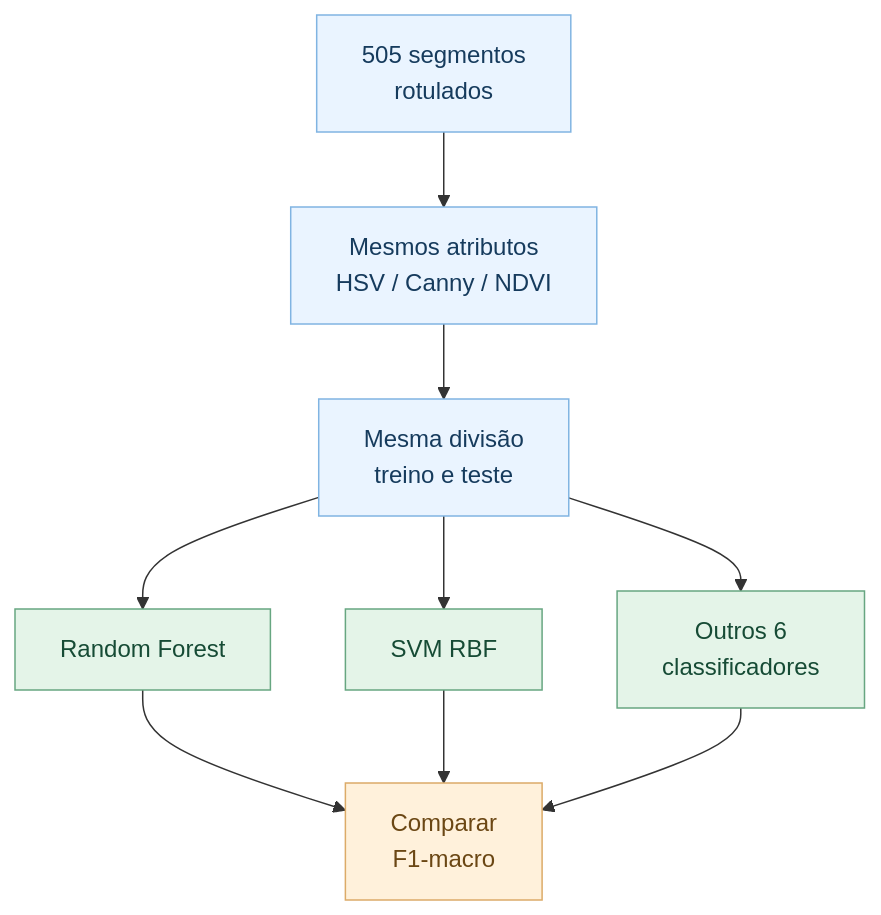
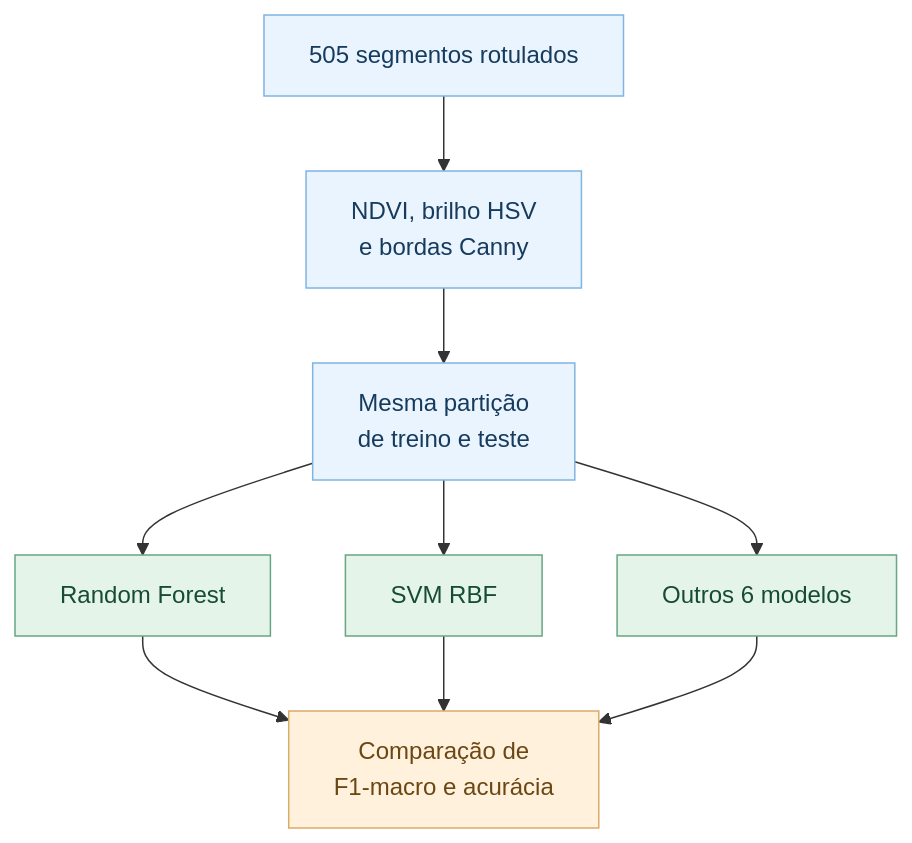
One commit to BrenoBragaGalvao/mestrado-arvores-urbanas changed the fourth of 5 diagrams in README.md. Above: the diagram before and after it, drawn with Mermaid. The commit also changed other lines of this file, not shown here.

````diff
--- a/README.md
+++ b/README.md
@@ -355,18 +338,18 @@
 ```mermaid
 flowchart TD
-    A["505 segmentos<br/>rotulados"] --> B["Mesmos atributos<br/>HSV / Canny / NDVI"]
-    B --> C["Mesma divisão<br/>treino e teste"]
+    A["505 segmentos rotulados"] --> B["NDVI, brilho HSV<br/>e bordas Canny"]
+    B --> C["Mesma partição<br/>de treino e teste"]
     C --> D["Random Forest"]
     C --> E["SVM RBF"]
-    C --> F["Outros 6<br/>classificadores"]
-    D --> G["Comparar<br/>F1-macro"]
+    C --> F["Outros 6 modelos"]
+    D --> G["Comparação de<br/>F1-macro e acurácia"]
     E --> G
     F --> G
 
     classDef dados fill:#eaf4ff,stroke:#80b4e2,color:#163b5d;
     classDef metodo fill:#e4f4e8,stroke:#67a681,color:#164b35;
     classDef resultado fill:#fff1db,stroke:#dcab68,color:#6b4714;
     class A,B,C dados;
     class D,E,F metodo;
     class G resultado;
 ```
````
